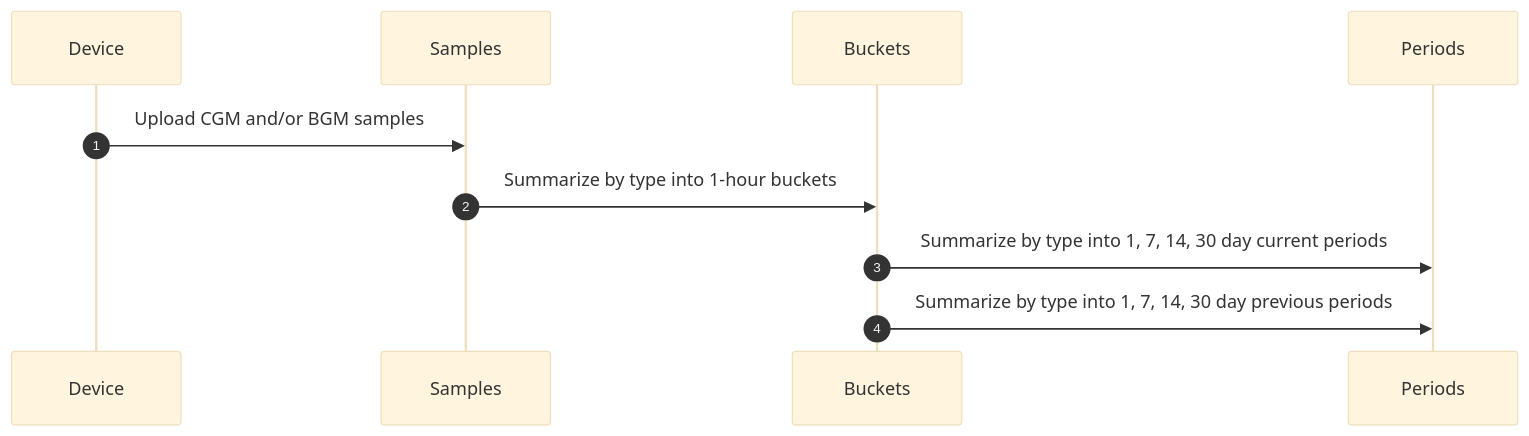
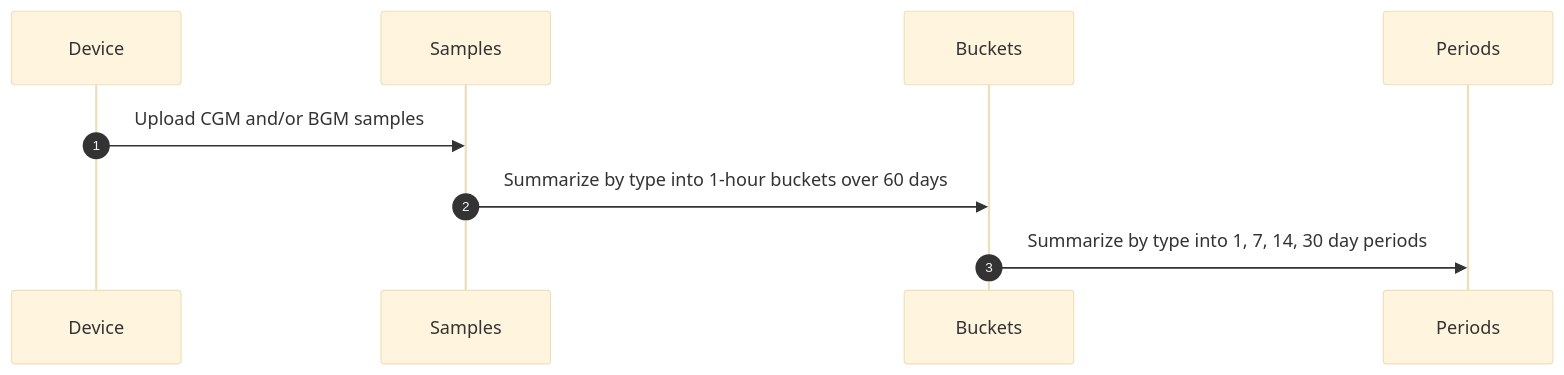
The second of 3 diagrams in docs/summary-data.md (tidepool-org/TidepoolApi), drawn with Mermaid (base theme) before and after one commit. The commit also changed other lines of this file and 1 other file, not shown here.

````diff
--- a/docs/summary-data.md
+++ b/docs/summary-data.md
@@ -54,13 +58,12 @@
 ```mermaid
 sequenceDiagram
    autonumber
    participant Device as Device
    participant Samples as Samples
    participant Buckets as Buckets
    participant Periods as Periods
 
    Device->>Samples: Upload CGM and/or BGM samples
-   Samples->>Buckets: Summarize by type into 1-hour buckets
-   Buckets->>Periods: Summarize by type into 1, 7, 14, 30 day current periods
-   Buckets->>Periods: Summarize by type into 1, 7, 14, 30 day previous periods
+   Samples->>Buckets: Summarize by type into 1-hour buckets over 60 days
+   Buckets->>Periods: Summarize by type into 1, 7, 14, 30 day periods
 ```
````
